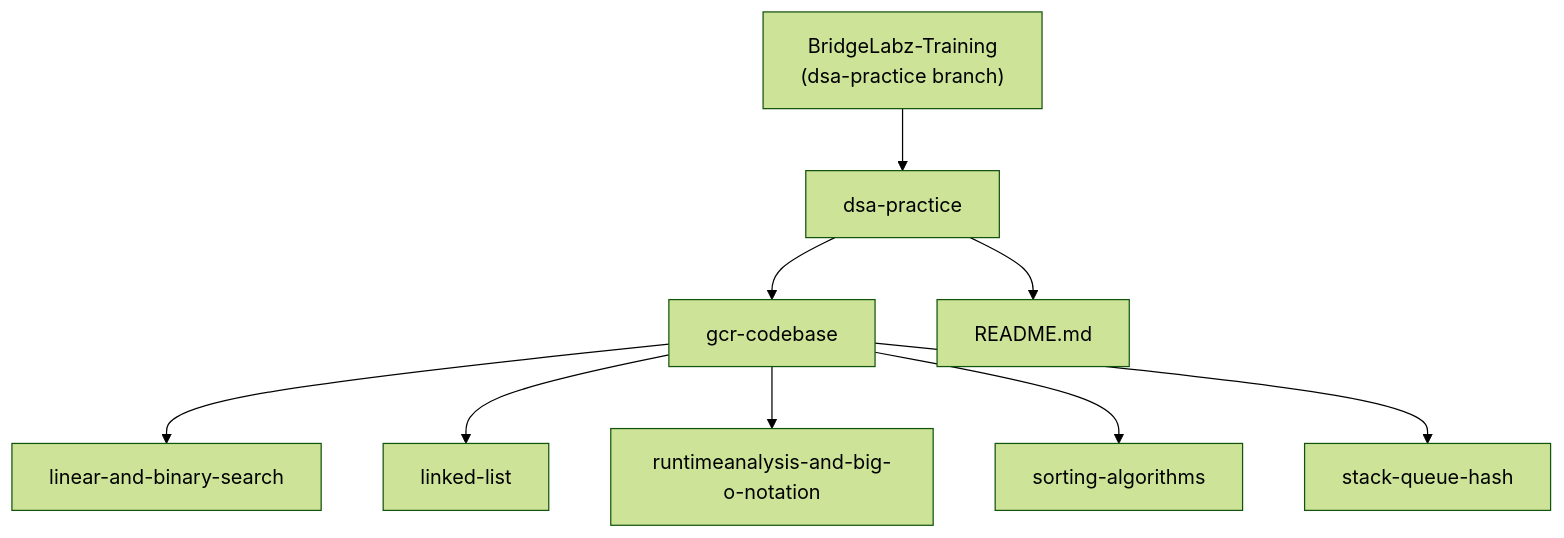
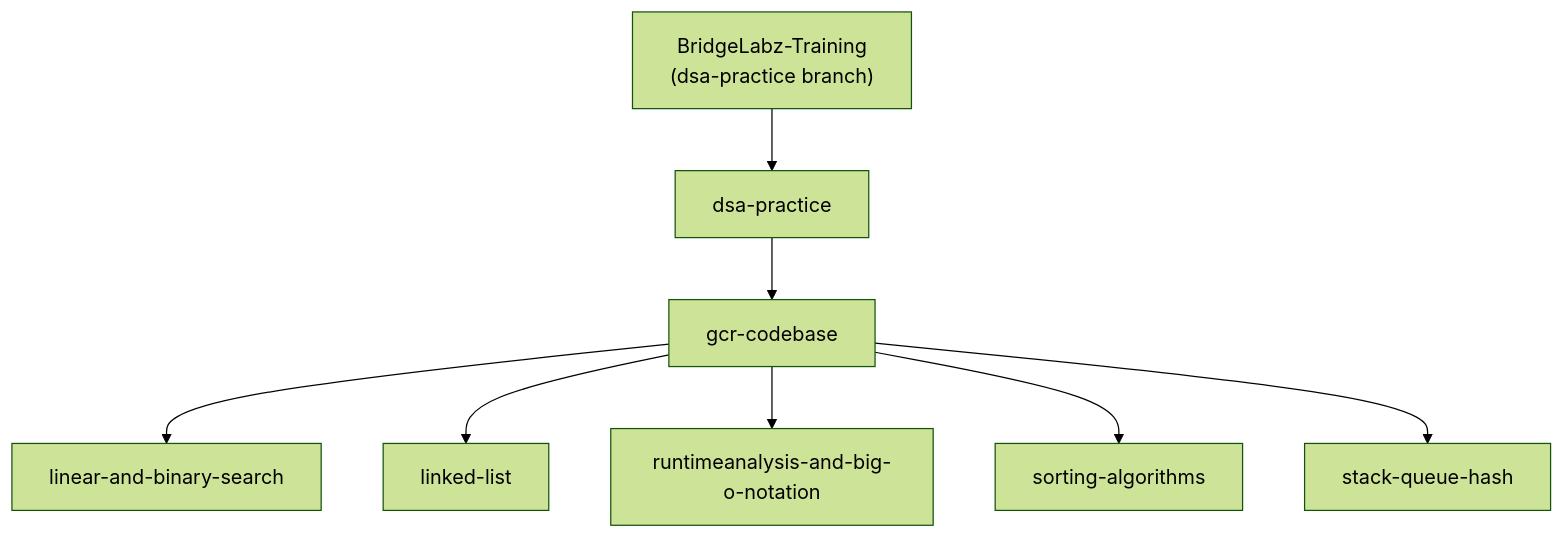
Before and after one commit to BhaskarGautam24/BridgeLabz-Training: the third of 3 diagrams in README.md, drawn with Mermaid (forest theme).

Commit message:
Remove link to README.md in diagram
Removed link to README.md from diagram.

````diff
--- a/README.md
+++ b/README.md
@@ -195,15 +195,13 @@
 ```mermaid
 graph TD
     A["BridgeLabz-Training
 (dsa-practice branch)"] --> B[dsa-practice]
 
     B --> C[gcr-codebase]
 
     C --> D[linear-and-binary-search]
     C --> E[linked-list]
     C --> F[runtimeanalysis-and-big-o-notation]
     C --> G[sorting-algorithms]
     C --> H[stack-queue-hash]
-
-    B --> I[README.md]
 ```
````
